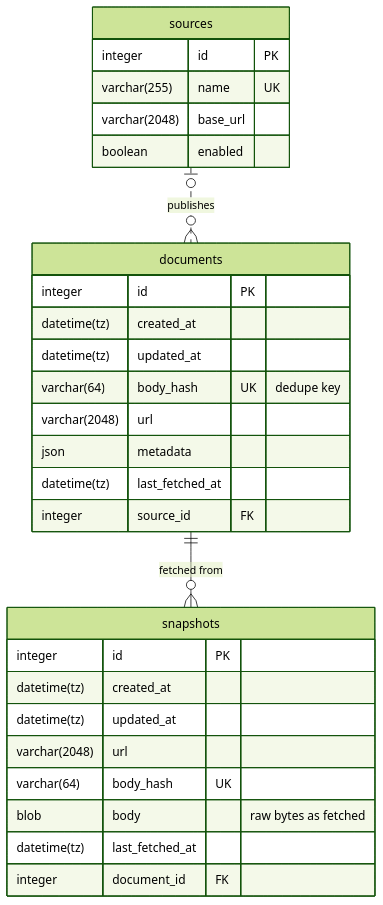
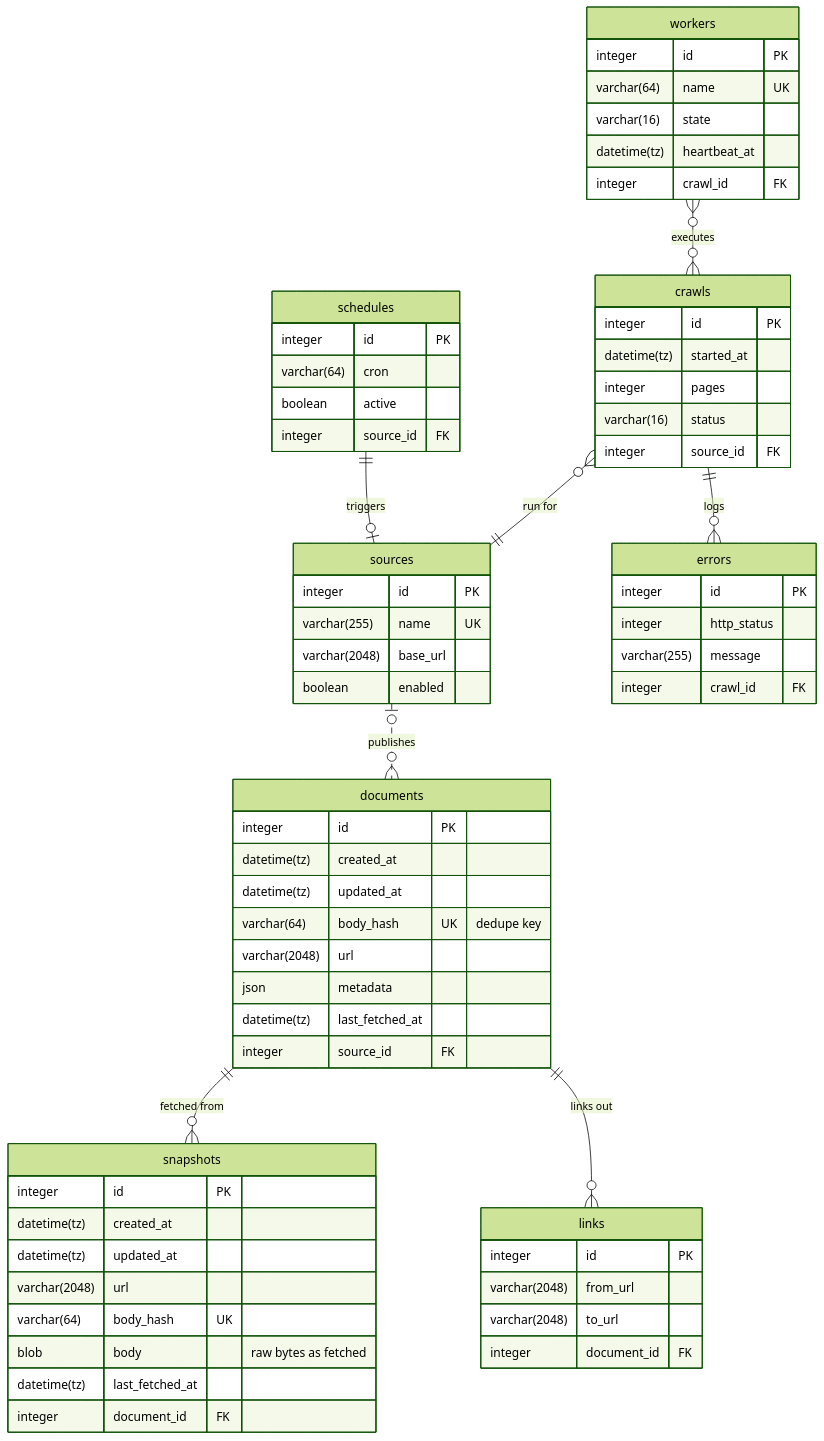
One commit to tmck-code/dot-agents changed the diagram in home/general/.claude/skills/excalidraw-diagram/example-erd.mmd. Above: the diagram before and after it, drawn with Mermaid (forest theme). The commit also changed 7 other files, not shown here.

First line of the commit message:
excalidraw-diagram: grid layout for full ER diagrams

```diff
--- a/home/general/.claude/skills/excalidraw-diagram/example-erd.mmd
+++ b/home/general/.claude/skills/excalidraw-diagram/example-erd.mmd
@@ -1,29 +1,84 @@
 erDiagram
+    %% group Content color=blue: DOCUMENTS, SNAPSHOTS, LINKS
+    %% group Ingest color=green: SOURCES, CRAWLS, SCHEDULES
+    %% group Operations color=orange: ERRORS, WORKERS
+    %% note Content: Pages we keep and their fetched copies.
+    %% note Ingest: Where pages come from and when we crawl them.
+    %% note Operations: Failures and the workers that run crawls.
+    %% note SOURCES: Each source is crawled on a schedule.
+    %% note CRAWLS: One row per crawl run.
+    %% example DOCUMENTS: 1 | 2026-01-04 | 2026-01-09 | 9f2c1a | /a | {} | 2026-01-09 | 1
+    %% example DOCUMENTS: 2 | 2026-01-05 | 2026-01-05 | 77be03 | /b | {} | 2026-01-05 | 2
+    %% example SNAPSHOTS: 10 | 2026-01-09 | 2026-01-09 | /a | 9f2c1a | <html> | 2026-01-09 | 1
+    %% example LINKS: 7 | /a | /b | 1
+    %% example SOURCES: 1 | docs | https://docs.example | true
+    %% example SOURCES: 2 | blog | https://blog.example | false
+    %% example CRAWLS: 5 | 2026-01-09 | 120 | ok | 1
+    %% example SCHEDULES: 1 | 0 3 * * * | true | 1
+    %% example ERRORS: 3 | 503 | timeout | 5
+    %% example WORKERS: 1 | crawler-1 | idle | 2026-01-09
     DOCUMENTS["documents"] {
         integer id PK
         datetime(tz) created_at
         datetime(tz) updated_at
         varchar(64) body_hash UK "dedupe key"
         varchar(2048) url
         json metadata
         datetime(tz) last_fetched_at
         integer source_id FK
     }
     SNAPSHOTS["snapshots"] {
         integer id PK
         datetime(tz) created_at
         datetime(tz) updated_at
         varchar(2048) url
         varchar(64) body_hash UK
         blob body "raw bytes as fetched"
         datetime(tz) last_fetched_at
         integer document_id FK
     }
+    LINKS["links"] {
+        integer id PK
+        varchar(2048) from_url
+        varchar(2048) to_url
+        integer document_id FK
+    }
     SOURCES["sources"] {
         integer id PK
         varchar(255) name UK
         varchar(2048) base_url
         boolean enabled
     }
+    CRAWLS["crawls"] {
+        integer id PK
+        datetime(tz) started_at
+        integer pages
+        varchar(16) status
+        integer source_id FK
+    }
+    SCHEDULES["schedules"] {
+        integer id PK
+        varchar(64) cron
+        boolean active
+        integer source_id FK
+    }
+    ERRORS["errors"] {
+        integer id PK
+        integer http_status
+        varchar(255) message
+        integer crawl_id FK
+    }
+    WORKERS["workers"] {
+        integer id PK
+        varchar(64) name UK
+        varchar(16) state
+        datetime(tz) heartbeat_at
+        integer crawl_id FK
+    }
     DOCUMENTS ||--o{ SNAPSHOTS : "fetched from"
+    DOCUMENTS ||--o{ LINKS : "links out"
     SOURCES |o..o{ DOCUMENTS : "publishes"
+    CRAWLS }o--|| SOURCES : "run for"
+    SCHEDULES ||--o| SOURCES : "triggers"
+    CRAWLS ||--o{ ERRORS : "logs"
+    WORKERS }o--o{ CRAWLS : "executes"
```
